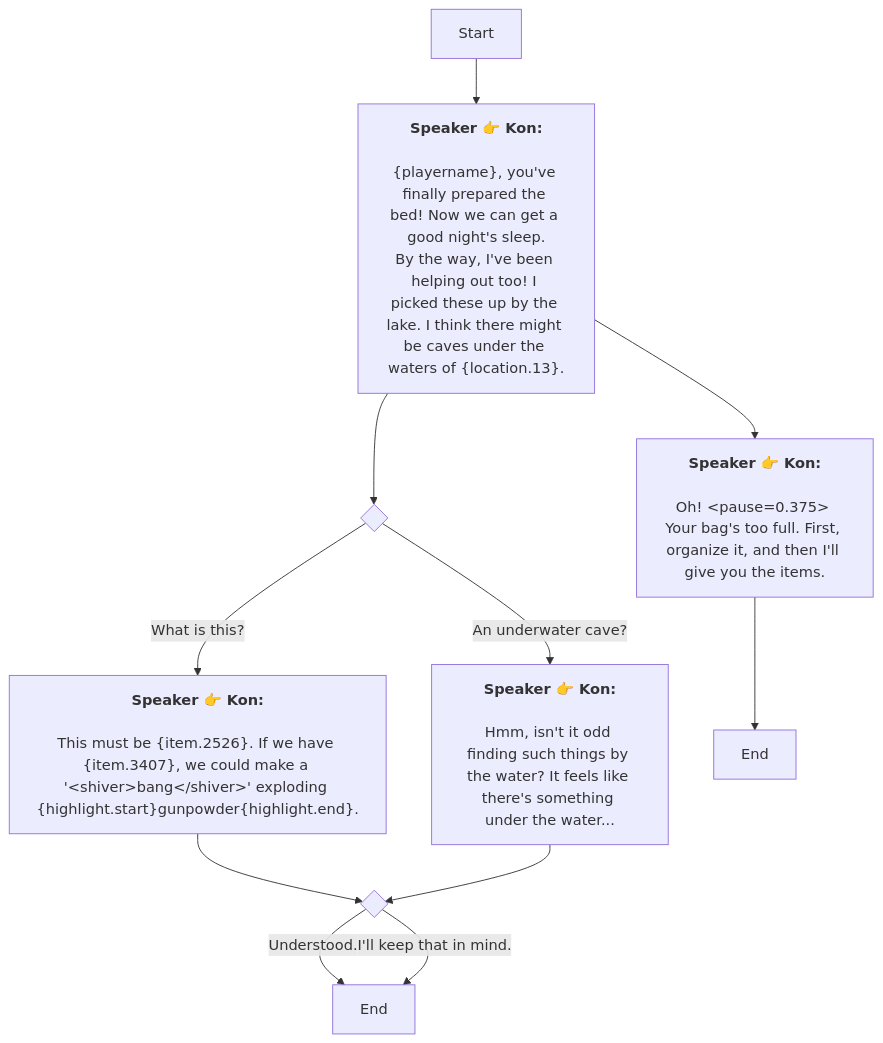
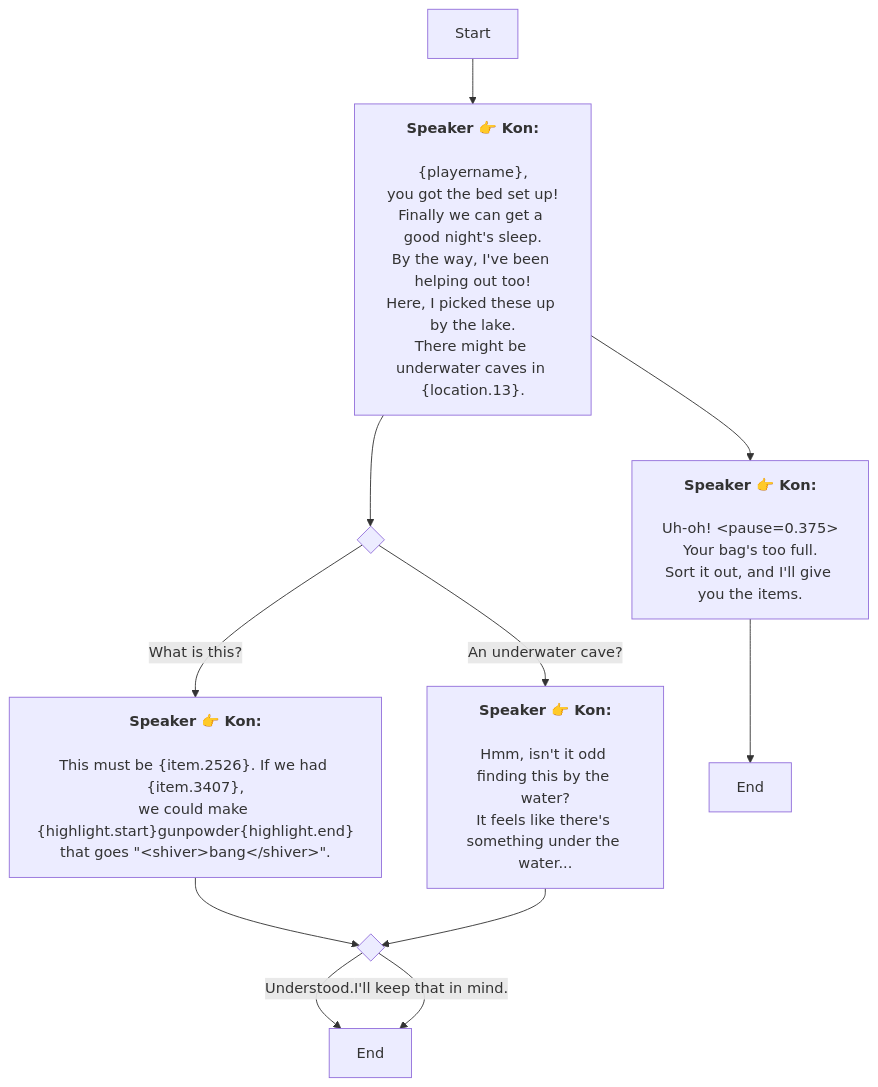
The diagram in En/QuestTalkObjectiveNode_1739167235783881.md (SoftHu/tos_avg), drawn with Mermaid before and after one commit. The commit also changed 297 other files, not shown here.

````diff
--- a/En/QuestTalkObjectiveNode_1739167235783881.md
+++ b/En/QuestTalkObjectiveNode_1739167235783881.md
@@ -1,23 +1,32 @@
 ```mermaid
 graph
 Start -->1739167465258188[<b>Speaker 👉 Kon:</b>
 
-&lbrace;playername&rbrace;, you've finally prepared the bed! Now we can get a good night's sleep.
-By the way, I've been helping out too! I picked these up by the lake. I think there might be caves under the waters of &lbrace;location.13&rbrace;.]
+&lbrace;playername&rbrace;,
+you got the bed set up!
+Finally we can get a good night's sleep.
+By the way, I've been helping out too!
+Here, I picked these up by the lake.
+There might be underwater caves in &lbrace;location.13&rbrace;.]
 1739167465258188 -->1739167754644685{ }
 1739167465258188 -->1739167865699535[<b>Speaker 👉 Kon:</b>
 
-Oh! &lt;pause=0.375&gt; Your bag's too full. First, organize it, and then I'll give you the items.]
+Uh-oh! &lt;pause=0.375&gt;
+Your bag's too full.
+Sort it out, and I'll give you the items.]
 1739167754644685 -->|What is this?|1739168567942358[<b>Speaker 👉 Kon:</b>
 
-This must be &lbrace;item.2526&rbrace;. If we have &lbrace;item.3407&rbrace;, we could make a '&lt;shiver&gt;bang&lt;/shiver&gt;' exploding &lbrace;highlight.start&rbrace;gunpowder&lbrace;highlight.end&rbrace;.]
+This must be &lbrace;item.2526&rbrace;. If we had &lbrace;item.3407&rbrace;,
+we could make &lbrace;highlight.start&rbrace;gunpowder&lbrace;highlight.end&rbrace;
+that goes &quot;&lt;shiver&gt;bang&lt;/shiver&gt;&quot;.]
 1739167754644685 -->|An underwater cave?|1739168606731479[<b>Speaker 👉 Kon:</b>
 
-Hmm, isn't it odd finding such things by the water? It feels like there's something under the water...]
+Hmm, isn't it odd finding this by the water?
+It feels like there's something under the water...]
 1739168567942358 -->1739168657315032{ }
 1739168657315032 -->|Understood.|1739167901405393[End]
 1739168657315032 -->|I'll keep that in mind.|1739167901405393[End]
 1739168606731479 -->1739168657315032{ }
 1739167865699535 -->1739167896556752[End]
 
  ```
````
